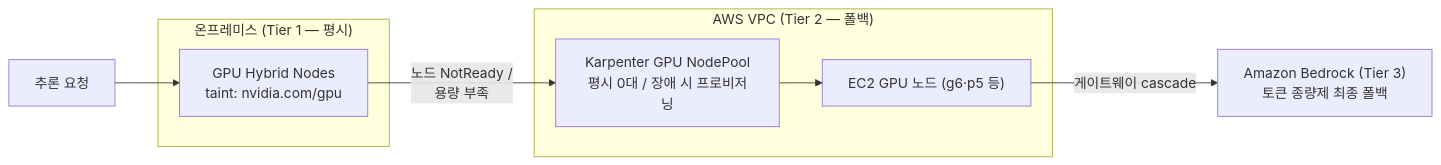
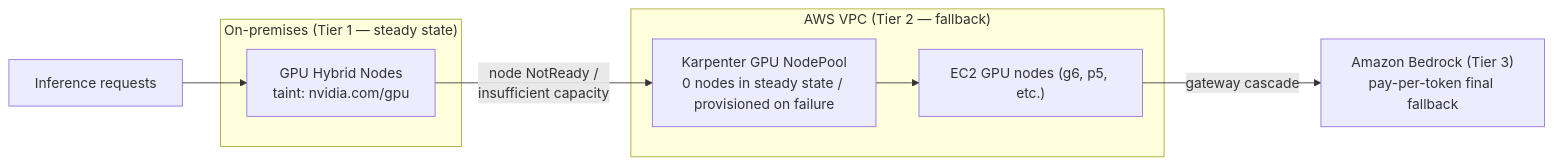
The diagram in docs/eks-hybrid-nodes/compute-gpu/gpu-scheduling-failover.md (devfloor9/engineering-playbook), drawn with Mermaid before and after one commit. The commit also changed other lines of this file and 954 other files, not shown here.

````diff
--- a/docs/eks-hybrid-nodes/compute-gpu/gpu-scheduling-failover.md
+++ b/docs/eks-hybrid-nodes/compute-gpu/gpu-scheduling-failover.md
@@ -86,15 +86,15 @@
 ```mermaid
 flowchart LR
-    subgraph ONPREM["온프레미스 (Tier 1 — 평시)"]
+    subgraph ONPREM["On-premises (Tier 1 — steady state)"]
         DGX["GPU Hybrid Nodes<br/>taint: nvidia.com/gpu"]
     end
-    subgraph VPC["AWS VPC (Tier 2 — 폴백)"]
-        KP["Karpenter GPU NodePool<br/>평시 0대 / 장애 시 프로비저닝"]
-        GPU2["EC2 GPU 노드 (g6·p5 등)"]
+    subgraph VPC["AWS VPC (Tier 2 — fallback)"]
+        KP["Karpenter GPU NodePool<br/>0 nodes in steady state / provisioned on failure"]
+        GPU2["EC2 GPU nodes (g6, p5, etc.)"]
     end
-    BR["Amazon Bedrock (Tier 3)<br/>토큰 종량제 최종 폴백"]
-    APP["추론 요청"] --> DGX
-    DGX -- "노드 NotReady /<br/>용량 부족" --> KP
+    BR["Amazon Bedrock (Tier 3)<br/>pay-per-token final fallback"]
+    APP["Inference requests"] --> DGX
+    DGX -- "node NotReady /<br/>insufficient capacity" --> KP
     KP --> GPU2
-    GPU2 -- "게이트웨이 cascade" --> BR
+    GPU2 -- "gateway cascade" --> BR
 ```
````
